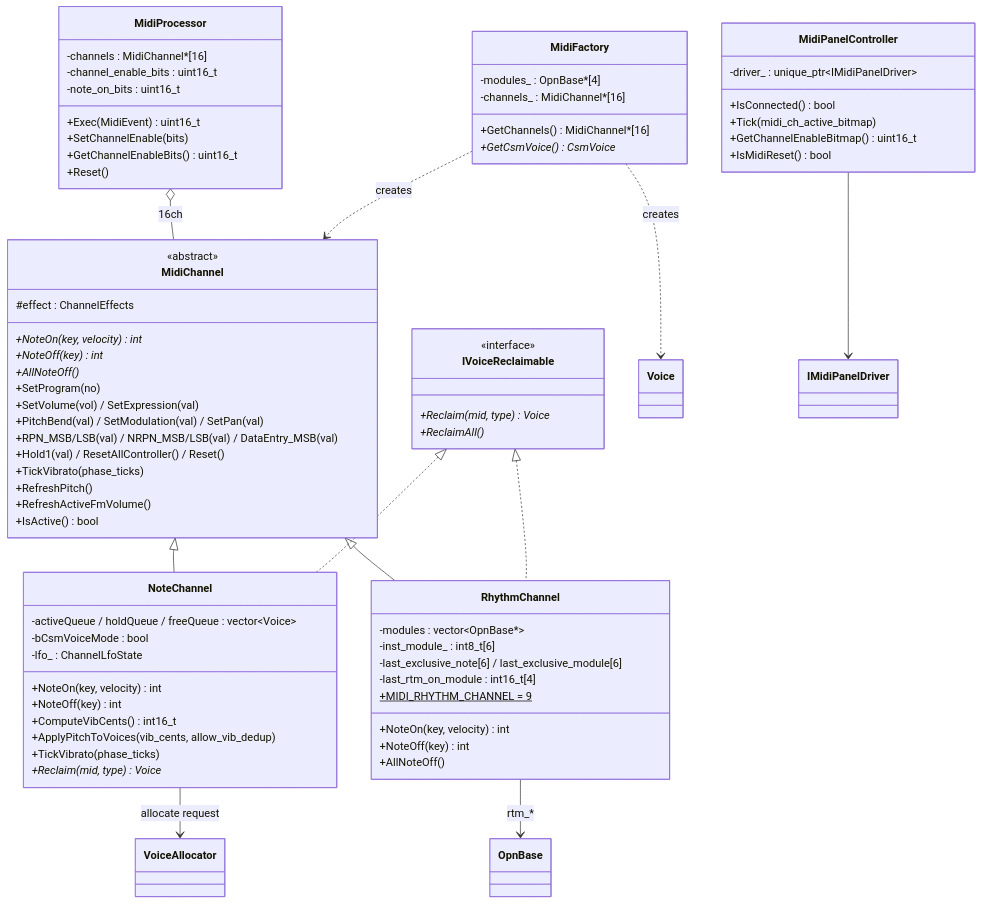
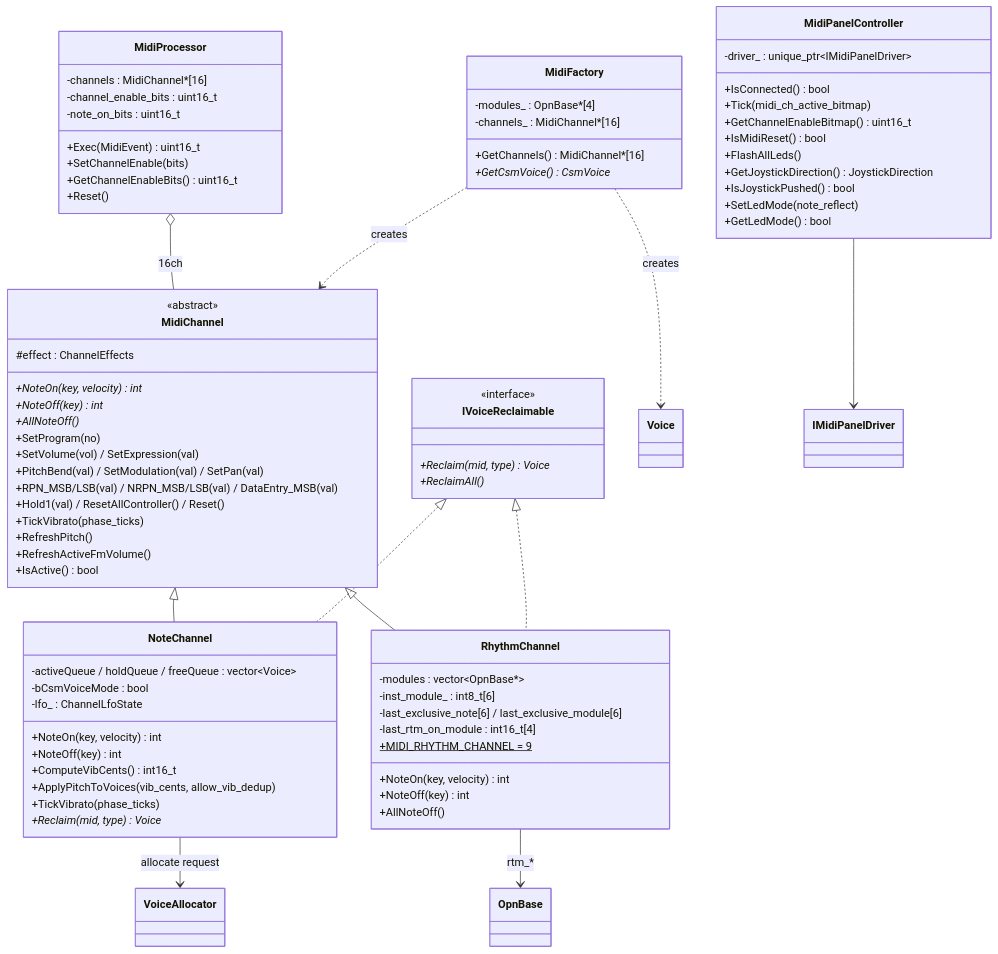
The first of 2 diagrams in doc/domain/domain_synth.md (46nori/FMSynthEnsembleV3), drawn with Mermaid before and after one commit. The commit also changed 65 other files, not shown here.

```diff
--- a/doc/domain/domain_synth.md
+++ b/doc/domain/domain_synth.md
@@ -77,6 +77,11 @@
         +Tick(midi_ch_active_bitmap)
         +GetChannelEnableBitmap() uint16_t
         +IsMidiReset() bool
+        +FlashAllLeds()
+        +GetJoystickDirection() JoystickDirection
+        +IsJoystickPushed() bool
+        +SetLedMode(note_reflect)
+        +GetLedMode() bool
     }
 
     MidiProcessor o-- MidiChannel : 16ch
```
